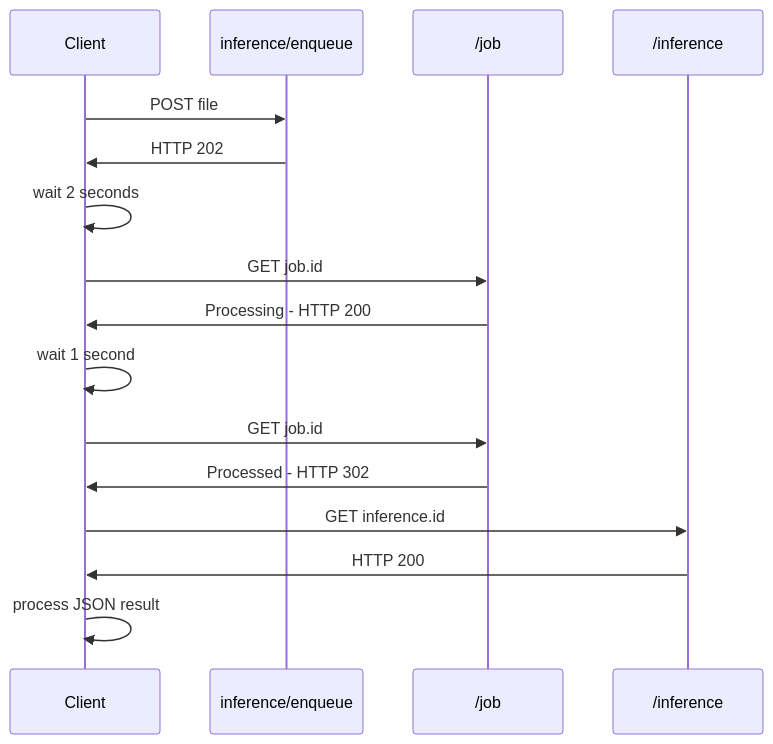
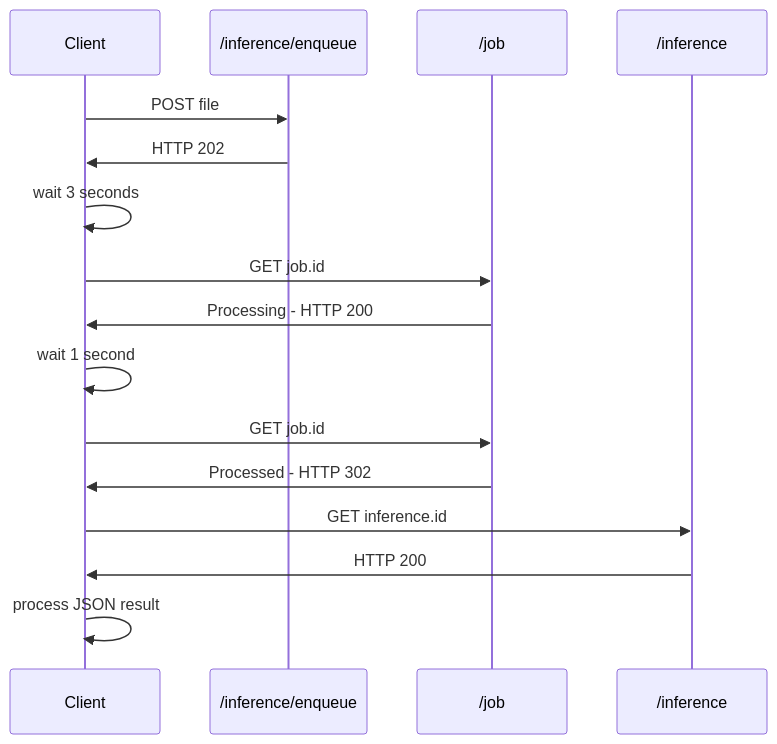
One commit to mindee/platform-docs changed the first of 2 diagrams in integrations/api-overview.md. Above: the diagram before and after it, drawn with Mermaid. The commit also changed other lines of this file, not shown here.

Commit message:
GITBOOK-29: No subject

````diff
--- a/integrations/api-overview.md
+++ b/integrations/api-overview.md
@@ -74,18 +74,18 @@
 ```mermaid
 sequenceDiagram
     participant client as Client
-    participant enqueue as inference/enqueue
+    participant enqueue as /inference/enqueue
     participant job as /job
     participant inference as /inference
     client->>enqueue: POST file
     enqueue->>client: HTTP 202
-    client->>client: wait 2 seconds
+    client->>client: wait 3 seconds
     client->>job: GET job.id
     job->>client: Processing - HTTP 200
     client->>client: wait 1 second
     client->>job: GET job.id
     job->>client: Processed - HTTP 302
     client->>inference: GET inference.id
     inference->>client: HTTP 200
     client->>client: process JSON result
 ```
````
